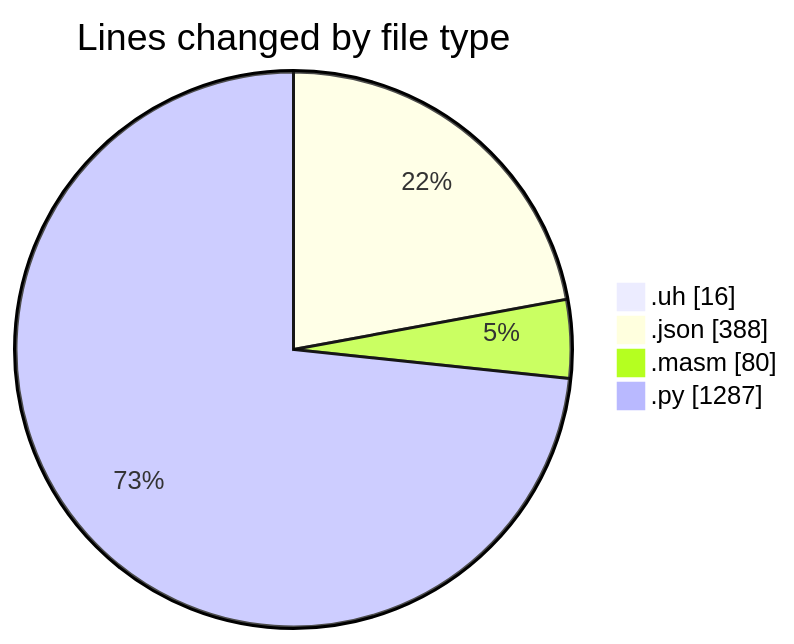
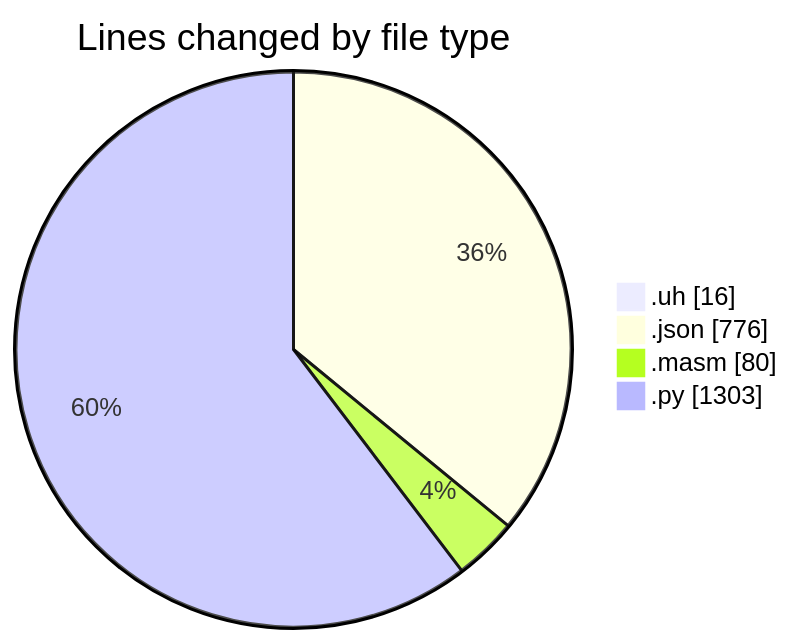
The first of 2 diagrams in 2025-04-30/uhigh-lang/README.md (charlie-sans/code-tracking), drawn with Mermaid before and after one commit. The commit also changed other lines of this file and 1 other file, not shown here.

````diff
--- a/2025-04-30/uhigh-lang/README.md
+++ b/2025-04-30/uhigh-lang/README.md
@@ -25,8 +25,8 @@
 ```mermaid
 pie showData
 title Lines changed by file type
 ".uh" : 16
-".json" : 388
+".json" : 776
 ".masm" : 80
-".py" : 1287
+".py" : 1303
 ```
````
